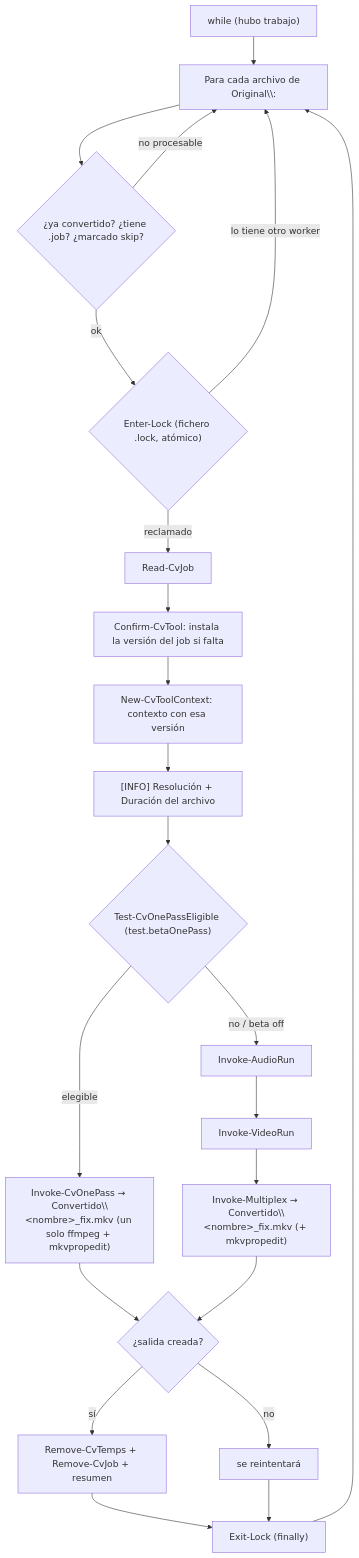
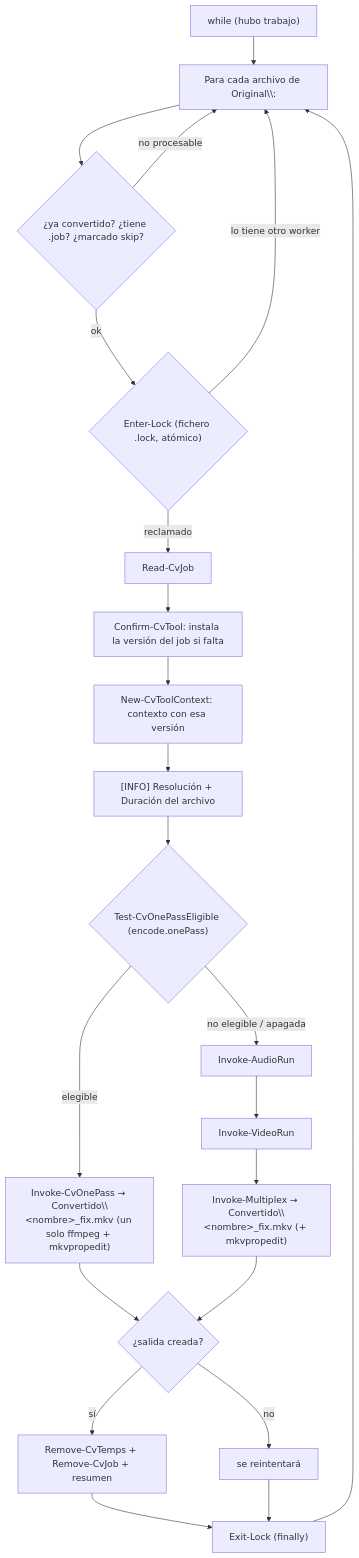
One commit to vsc55/ConvertVideo changed the fourth of 5 diagrams in docs/ref-flujo.md. Above: the diagram before and after it, drawn with Mermaid. The commit also changed other lines of this file and 13 other files, not shown here.

````diff
--- a/docs/ref-flujo.md
+++ b/docs/ref-flujo.md
@@ -133,24 +133,24 @@
 ```mermaid
 flowchart TD
     W0["while (hubo trabajo)"] --> W1["Para cada archivo de Original\\:"]
     W1 --> W2{"¿ya convertido? ¿tiene .job? ¿marcado skip?"}
     W2 -- "no procesable" --> W1
     W2 -- "ok" --> W3{"Enter-Lock (fichero .lock, atómico)"}
     W3 -- "lo tiene otro worker" --> W1
     W3 -- "reclamado" --> W4["Read-CvJob"]
     W4 --> W5["Confirm-CvTool: instala la versión del job si falta"]
     W5 --> W6["New-CvToolContext: contexto con esa versión"]
     W6 --> INFO["[INFO] Resolución + Duración del archivo"]
-    INFO --> OP{"Test-CvOnePassEligible (test.betaOnePass)"}
+    INFO --> OP{"Test-CvOnePassEligible (encode.onePass)"}
     OP -- "elegible" --> P1["Invoke-CvOnePass → Convertido\\&lt;nombre&gt;_fix.mkv (un solo ffmpeg + mkvpropedit)"]
-    OP -- "no / beta off" --> A["Invoke-AudioRun"]
+    OP -- "no elegible / apagada" --> A["Invoke-AudioRun"]
     A --> V["Invoke-VideoRun"]
     V --> M["Invoke-Multiplex → Convertido\\&lt;nombre&gt;_fix.mkv (+ mkvpropedit)"]
     P1 --> OK{"¿salida creada?"}
     M --> OK
     OK -- "sí" --> CLEAN["Remove-CvTemps + Remove-CvJob + resumen"]
     OK -- "no" --> RETRY["se reintentará"]
     CLEAN --> UNLOCK["Exit-Lock (finally)"]
     RETRY --> UNLOCK
     UNLOCK --> W1
 ```
````
